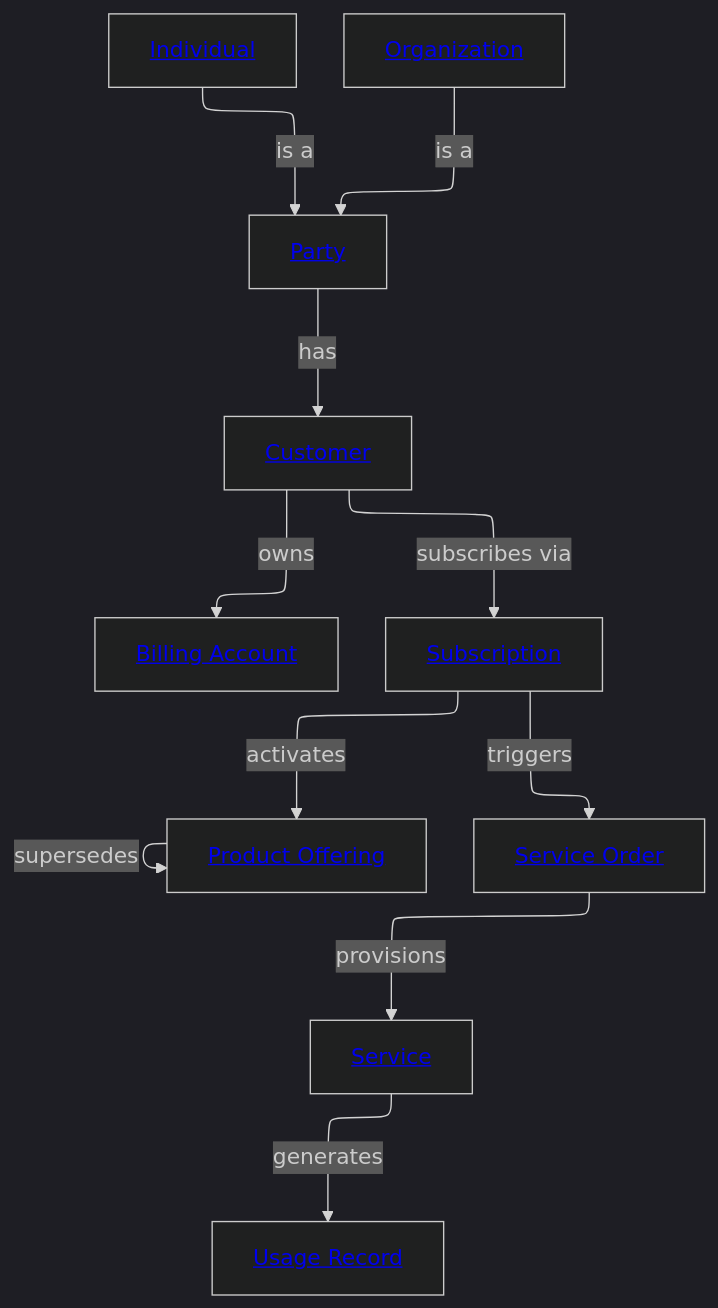
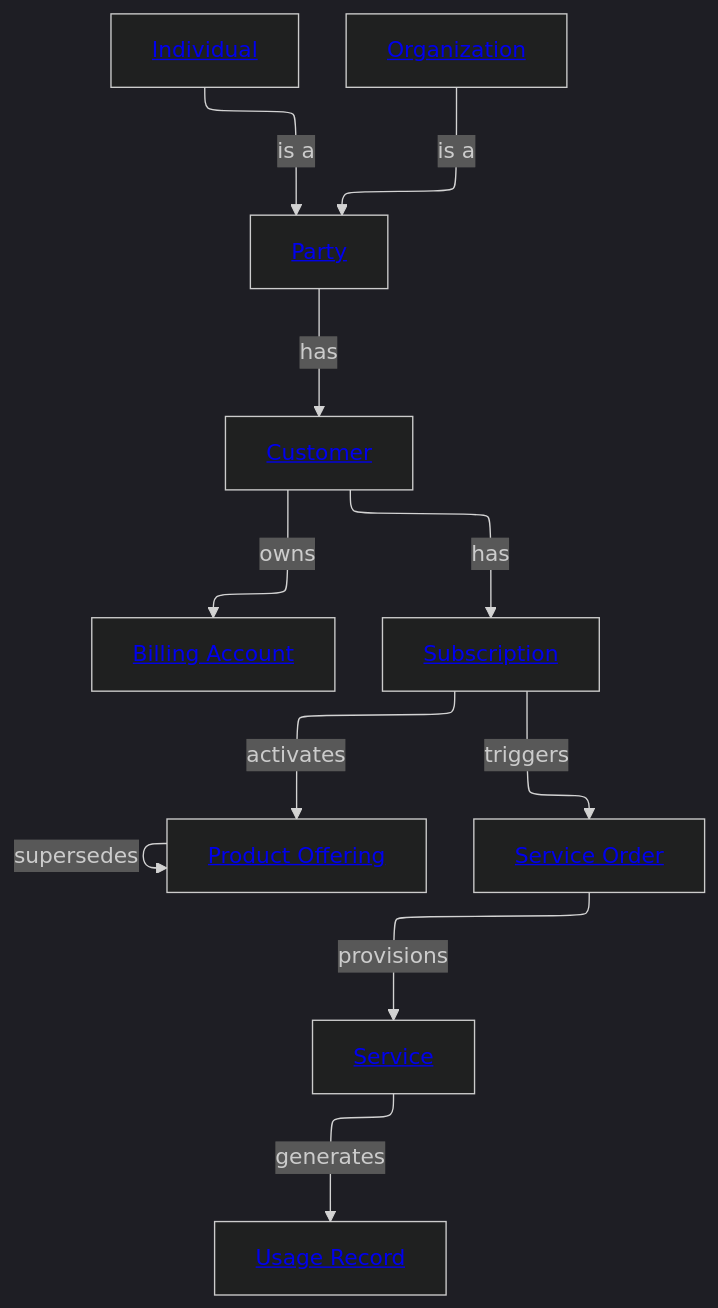
The diagram in examples/Telecom/domain.md (Semprini/md-ddl), drawn with Mermaid before and after one commit. The commit also changed 13 other files, not shown here.

````diff
--- a/examples/Telecom/domain.md
+++ b/examples/Telecom/domain.md
@@ -40,35 +40,35 @@
 ```mermaid
 ---
 config:
   layout: elk
   elk:
     mergeEdges: false
     nodePlacementStrategy: LINEAR_SEGMENTS
   look: classic
   theme: dark
 ---
 graph TD
 
   Individual --> |is a|Party
   Organization --> |is a|Party
 
   Party --> |has|Customer
   Customer --> |owns|BillingAccount
-  Customer --> |subscribes via|Subscription
+  Customer --> |has|Subscription
   Subscription --> |activates|ProductOffering
   Subscription --> |triggers|ServiceOrder
   ServiceOrder --> |provisions|Service
   Service --> |generates|UsageRecord
   ProductOffering --> |supersedes|ProductOffering
 
   Party["<a href='https://github.com/Semprini/md-ddl/blob/main/examples/Telecom/entities/party.md'>Party</a>"]
   Individual["<a href='https://github.com/Semprini/md-ddl/blob/main/examples/Telecom/entities/individual.md'>Individual</a>"]
   Organization["<a href='https://github.com/Semprini/md-ddl/blob/main/examples/Telecom/entities/organization.md'>Organization</a>"]
   Customer["<a href='https://github.com/Semprini/md-ddl/blob/main/examples/Telecom/entities/customer.md'>Customer</a>"]
   BillingAccount["<a href='https://github.com/Semprini/md-ddl/blob/main/examples/Telecom/entities/billing_account.md'>Billing Account</a>"]
   ProductOffering["<a href='https://github.com/Semprini/md-ddl/blob/main/examples/Telecom/entities/product_offering.md'>Product Offering</a>"]
   Subscription["<a href='https://github.com/Semprini/md-ddl/blob/main/examples/Telecom/entities/subscription.md'>Subscription</a>"]
   Service["<a href='https://github.com/Semprini/md-ddl/blob/main/examples/Telecom/entities/service.md'>Service</a>"]
   ServiceOrder["<a href='https://github.com/Semprini/md-ddl/blob/main/examples/Telecom/entities/service_order.md'>Service Order</a>"]
   UsageRecord["<a href='https://github.com/Semprini/md-ddl/blob/main/examples/Telecom/entities/usage_record.md'>Usage Record</a>"]
 ```
````
